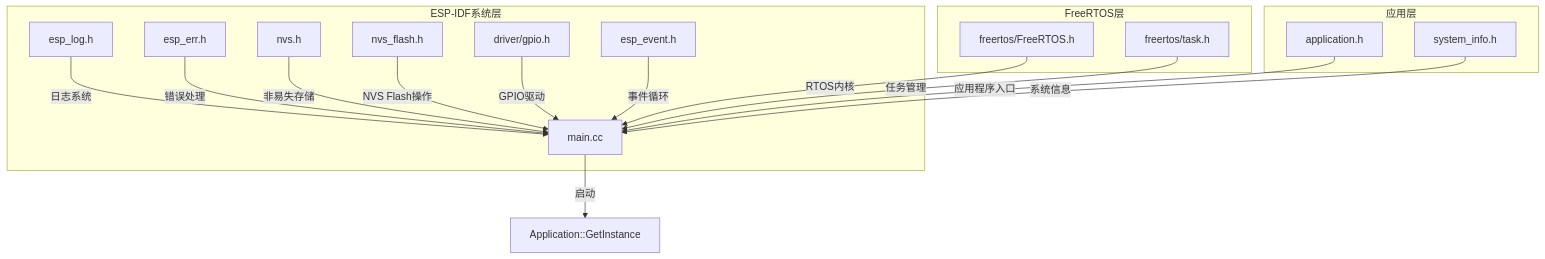
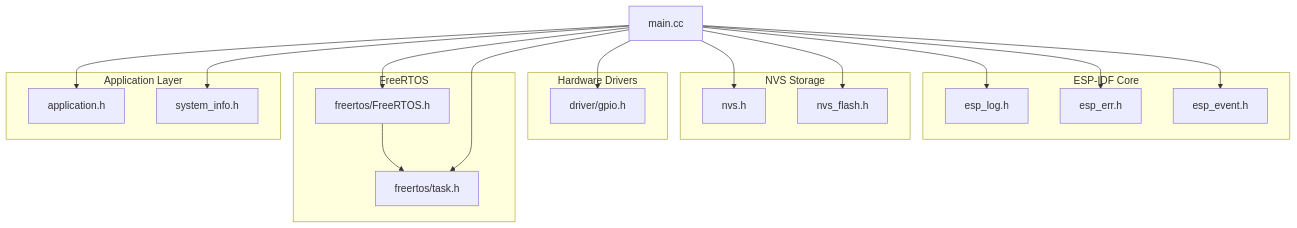
One commit to jihengzhang/xiaozhi-esp32 changed the first of 4 diagrams in main/main_readme.md. Above: the diagram before and after it, drawn with Mermaid. The commit also changed other lines of this file, not shown here.

Commit message:
add high level diagram of main with Markdown mermai graph

````diff
--- a/main/main_readme.md
+++ b/main/main_readme.md
@@ -11,23 +9,39 @@
 ```mermaid
 graph TD
-    subgraph ESP-IDF系统层
-        A[esp_log.h] --> |日志系统| Main[main.cc]
-        B[esp_err.h] --> |错误处理| Main
-        C[nvs.h] --> |非易失存储| Main
-        D[nvs_flash.h] --> |NVS Flash操作| Main
-        E[driver/gpio.h] --> |GPIO驱动| Main
-        F[esp_event.h] --> |事件循环| Main
+    subgraph ESP-IDF Core
+        esp_log[esp_log.h]
+        esp_err[esp_err.h]
+        esp_event[esp_event.h]
     end
 
-    subgraph FreeRTOS层
-        G[freertos/FreeRTOS.h] --> |RTOS内核| Main
-        H[freertos/task.h] --> |任务管理| Main
+    subgraph NVS Storage
+        nvs[nvs.h]
+        nvs_flash[nvs_flash.h]
     end
 
-    subgraph 应用层
-        I[application.h] --> |应用程序入口| Main
-        J[system_info.h] --> |系统信息| Main
+    subgraph Hardware Drivers
+        gpio[driver/gpio.h]
     end
 
-    Main --> |启动| App[Application::GetInstance]
+    subgraph FreeRTOS
+        freertos[freertos/FreeRTOS.h]
+        task[freertos/task.h]
+        freertos --> task
+    end
+
+    subgraph Application Layer
+        app[application.h]
+        sys_info[system_info.h]
+    end
+
+    main[main.cc] --> esp_log
+    main --> esp_err
+    main --> esp_event
+    main --> nvs
+    main --> nvs_flash
+    main --> gpio
+    main --> freertos
+    main --> task
+    main --> app
+    main --> sys_info
 ```
````
